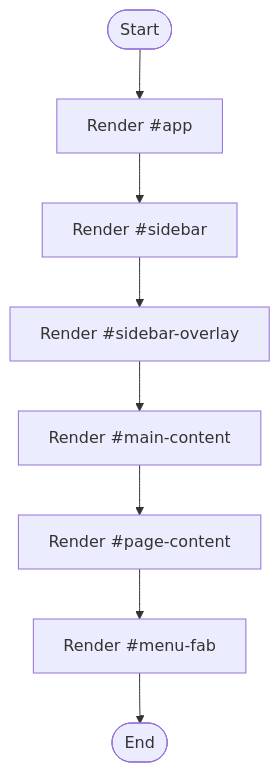
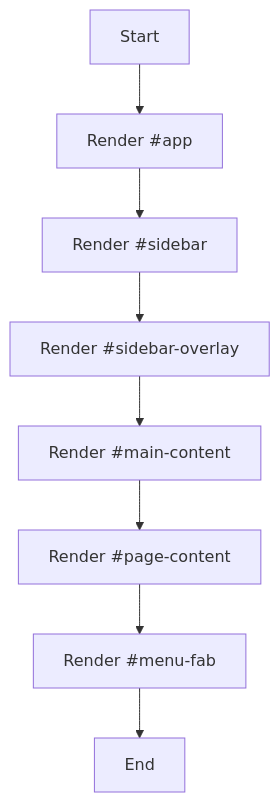
Before and after one commit to JohnAndrewBalbarosa/NeoTerritory: the diagram in docs/Codebase/Frontend/index.html.md, drawn with Mermaid. The commit also changed other lines of this file and 752 other files, not shown here.

````diff
--- a/docs/Codebase/Frontend/index.html.md
+++ b/docs/Codebase/Frontend/index.html.md
@@ -38,18 +22,18 @@
 ```mermaid
 flowchart TD
-    Start([Start])
-    N0[Render #app]
-    N1[Render #sidebar]
-    N2[Render #sidebar-overlay]
-    N3[Render #main-content]
-    N4[Render #page-content]
-    N5[Render #menu-fab]
-    End([End])
+    Start["Start"]
+    N0["Render #app"]
+    N1["Render #sidebar"]
+    N2["Render #sidebar-overlay"]
+    N3["Render #main-content"]
+    N4["Render #page-content"]
+    N5["Render #menu-fab"]
+    End["End"]
     Start --> N0
     N0 --> N1
     N1 --> N2
     N2 --> N3
     N3 --> N4
     N4 --> N5
     N5 --> End
 ```
````
